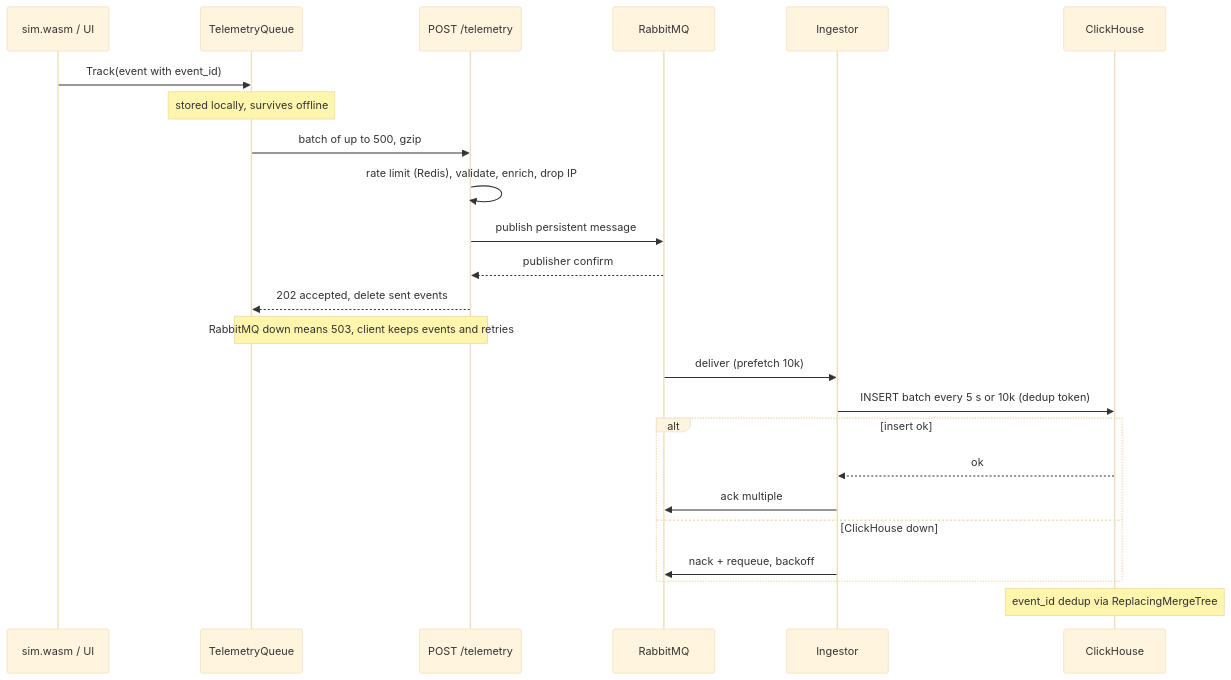
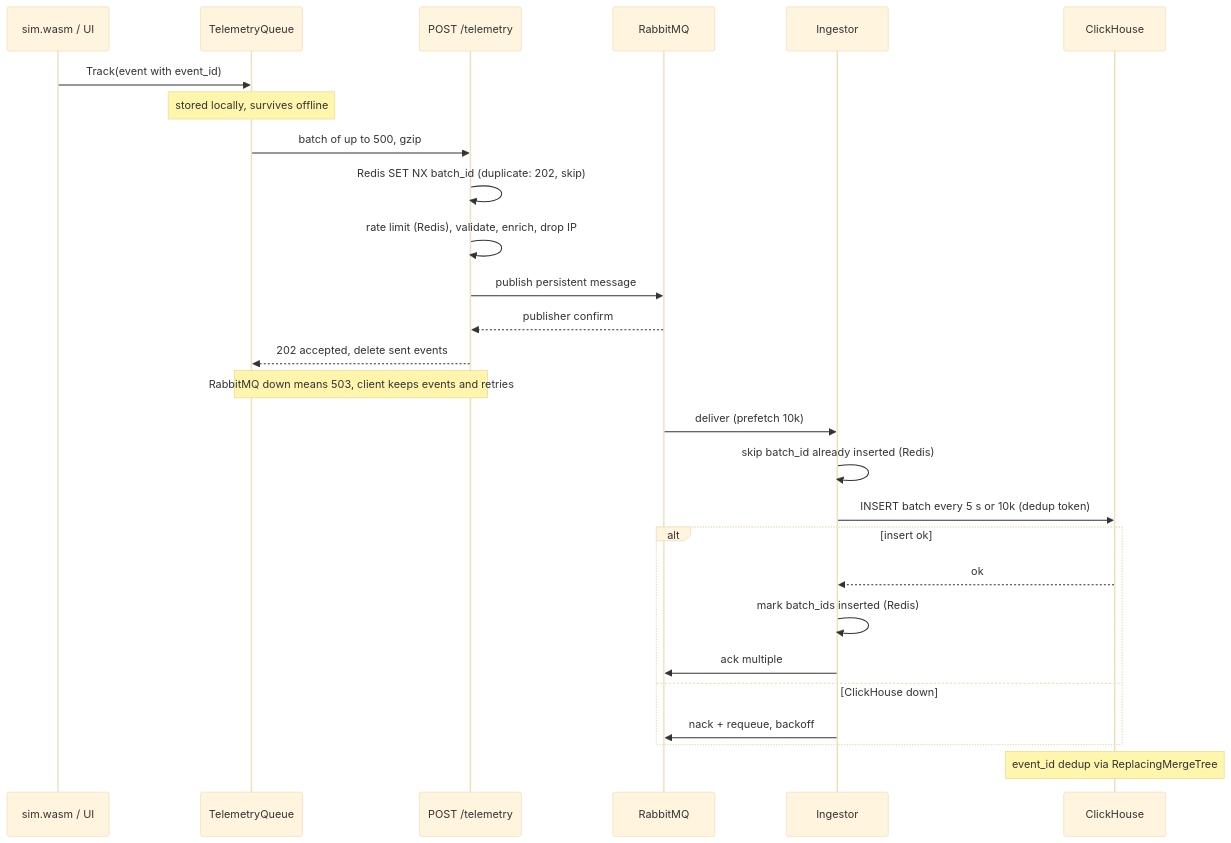
Before and after one commit to MIcQo/jetstream-tycoon: the fourth of 9 diagrams in docs/DIAGRAMS.md, drawn with Mermaid (base theme). The commit also changed other lines of this file and 11 other files, not shown here.

````diff
--- a/docs/DIAGRAMS.md
+++ b/docs/DIAGRAMS.md
@@ -117,26 +118,29 @@
 ```mermaid
 sequenceDiagram
   participant S as sim.wasm / UI
   participant Q as TelemetryQueue
   participant API as POST /telemetry
   participant MQ as RabbitMQ
   participant I as Ingestor
   participant CH as ClickHouse
   S->>Q: Track(event with event_id)
   Note over Q: stored locally, survives offline
   Q->>API: batch of up to 500, gzip
+  API->>API: Redis SET NX batch_id (duplicate: 202, skip)
   API->>API: rate limit (Redis), validate, enrich, drop IP
   API->>MQ: publish persistent message
   MQ-->>API: publisher confirm
   API-->>Q: 202 accepted, delete sent events
   Note over API,Q: RabbitMQ down means 503, client keeps events and retries
   MQ->>I: deliver (prefetch 10k)
+  I->>I: skip batch_id already inserted (Redis)
   I->>CH: INSERT batch every 5 s or 10k (dedup token)
   alt insert ok
     CH-->>I: ok
+    I->>I: mark batch_ids inserted (Redis)
     I->>MQ: ack multiple
   else ClickHouse down
     I->>MQ: nack + requeue, backoff
   end
   Note over CH: event_id dedup via ReplacingMergeTree
 ```
````
